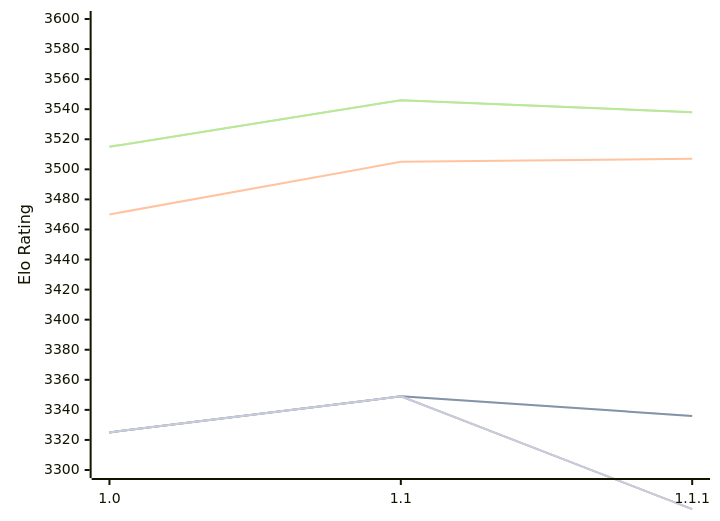
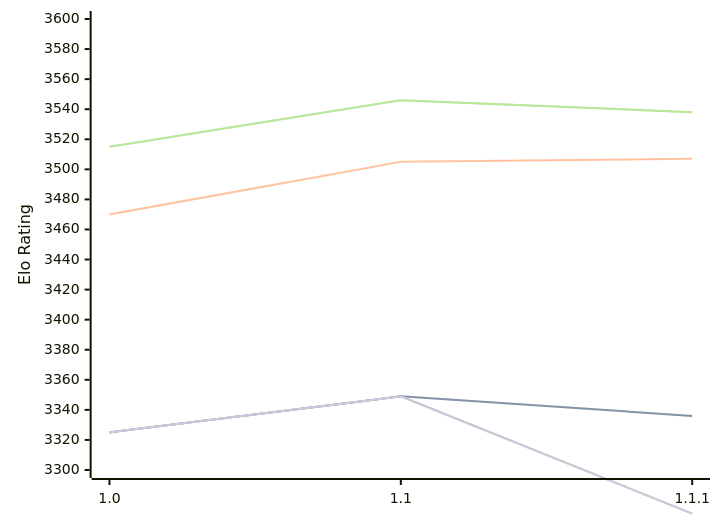
The diagram in engines/Icarus.md (computer-chess-index/cci), drawn with Mermaid before and after one commit. The commit also changed other lines of this file, not shown here.

````diff
--- a/engines/Icarus.md
+++ b/engines/Icarus.md
@@ -49,13 +49,13 @@
 ```mermaid
 %%{init: {"theme":"base","themeVariables":{"seriesColors:['#a3a3a3','#222221','#faa371']}}}%%
 xychart-beta
   x-axis ["1.0", "1.1", "1.1.1"]
   y-axis "Elo Rating" 3300 --> 3600
   line "" [3325, 3349, 3336]
   line "T1: STC (8.0+0.08s)" [3325, 3349, 3336]
   line "T1: LTC (60.0+0.60s)" [3470, 3505, 3507]
   line "" [3515, 3546, 3538]
   line "T1: VLTC (2m24s+1.12s)" [3515, 3546, 3538]
-  line "" [3325, 3349,3274]
-  line "E1: STC (8.0+0.08s)" [3325, 3349,3274]
+  line "" [3325, 3349,3271]
+  line "E1: STC (8.0+0.08s)" [3325, 3349,3271]
 ```
````
